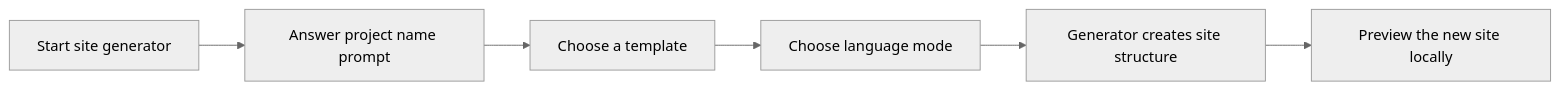
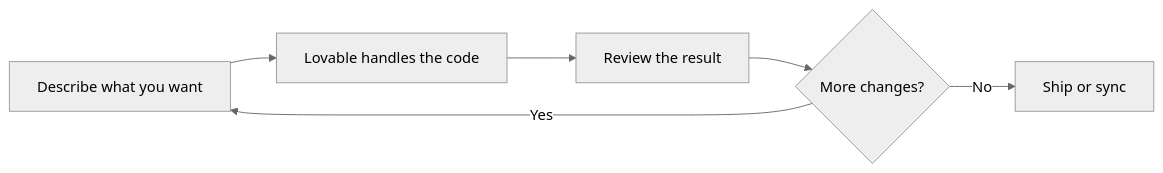
Before and after one commit to Mohita111/API2: the second of 2 diagrams in api2-documentation/plan_2026-11-02_f8890e/user-facing-docs/site-scaffolding.md, drawn with Mermaid (neutral theme). The commit also changed other lines of this file and 12 other files, not shown here.

````diff
--- a/api2-documentation/plan_2026-11-02_f8890e/user-facing-docs/site-scaffolding.md
+++ b/api2-documentation/plan_2026-11-02_f8890e/user-facing-docs/site-scaffolding.md
@@ -26,8 +39,8 @@
 ```mermaid
 graph LR
-  A[Start site generator] --> B[Answer project name prompt]
-  B --> C[Choose a template]
-  C --> D[Choose language mode]
-  D --> E[Generator creates site structure]
-  E --> F[Preview the new site locally]
+    A[Describe what you want] --> B[Lovable handles the code]
+    B --> C[Review the result]
+    C --> D{"More changes?"}
+    D -->|Yes| A
+    D -->|No| E[Ship or sync]
 ```
````
